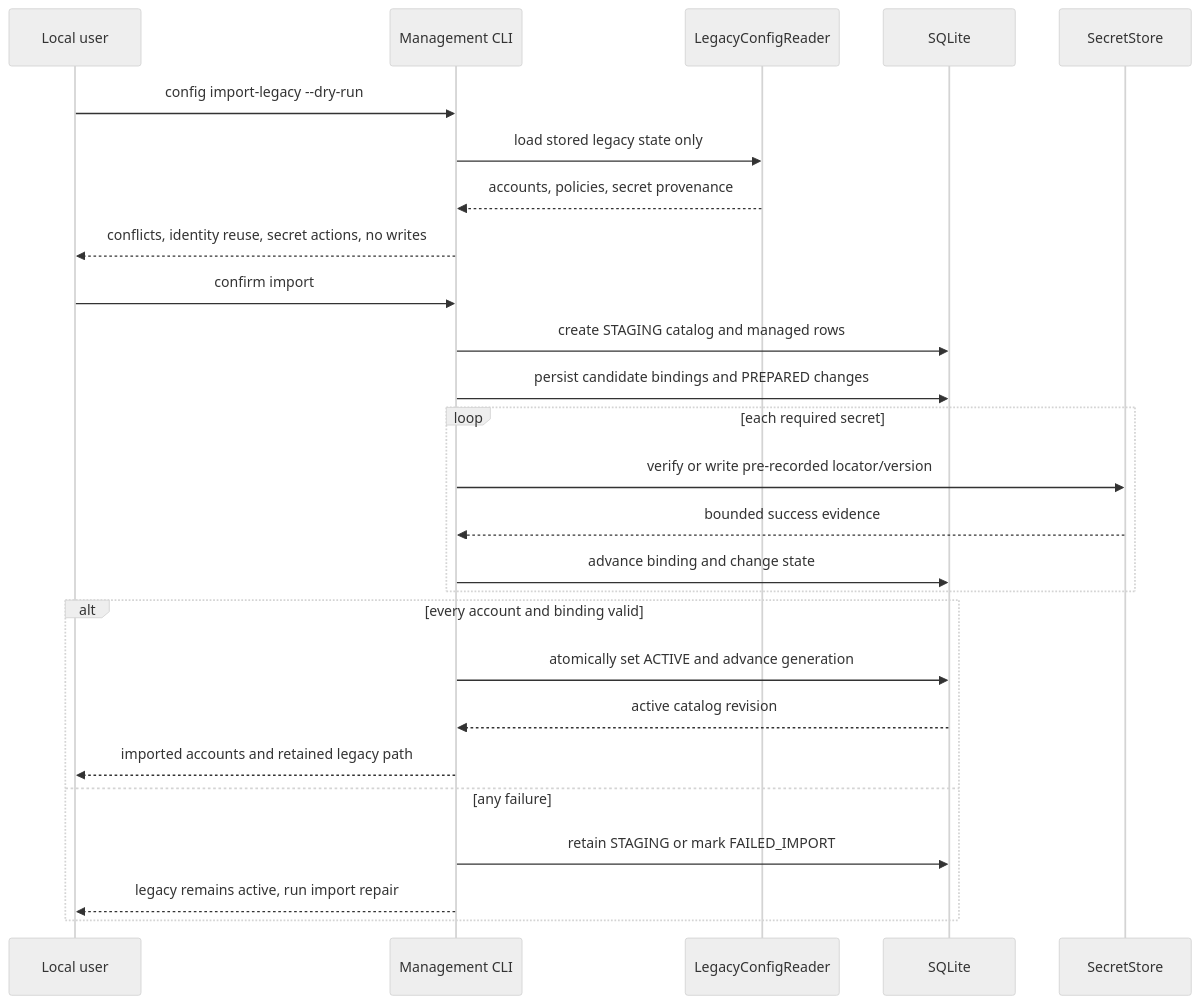
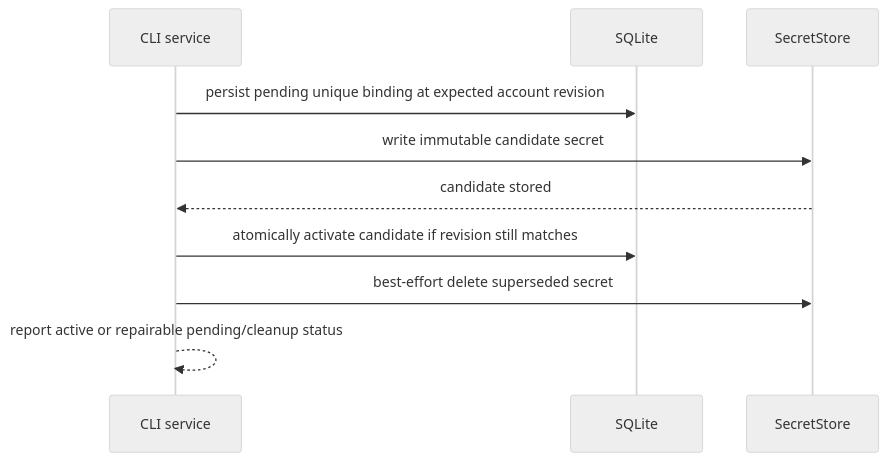
One commit to Wh1isper/mcp-email-server changed the second of 2 diagrams in spec/03-configuration-and-credentials.md. Above: the diagram before and after it, drawn with Mermaid (neutral theme). The commit also changed other lines of this file and 14 other files, not shown here.

````diff
--- a/spec/03-configuration-and-credentials.md
+++ b/spec/03-configuration-and-credentials.md
@@ -181,29 +87,13 @@
 ```mermaid
 sequenceDiagram
-    participant U as Local user
-    participant CLI as Management CLI
-    participant L as LegacyConfigReader
+    participant C as CLI service
     participant D as SQLite
     participant S as SecretStore
 
-    U->>CLI: config import-legacy --dry-run
-    CLI->>L: load stored legacy state only
-    L-->>CLI: accounts, policies, secret provenance
-    CLI-->>U: conflicts, identity reuse, secret actions, no writes
-    U->>CLI: confirm import
-    CLI->>D: create STAGING catalog and managed rows
-    CLI->>D: persist candidate bindings and PREPARED changes
-    loop each required secret
-        CLI->>S: verify or write pre-recorded locator/version
-        S-->>CLI: bounded success evidence
-        CLI->>D: advance binding and change state
-    end
-    alt every account and binding valid
-        CLI->>D: atomically set ACTIVE and advance generation
-        D-->>CLI: active catalog revision
-        CLI-->>U: imported accounts and retained legacy path
-    else any failure
-        CLI->>D: retain STAGING or mark FAILED_IMPORT
-        CLI-->>U: legacy remains active, run import repair
-    end
+    C->>D: persist pending unique binding at expected account revision
+    C->>S: write immutable candidate secret
+    S-->>C: candidate stored
+    C->>D: atomically activate candidate if revision still matches
+    C->>S: best-effort delete superseded secret
+    C-->>C: report active or repairable pending/cleanup status
 ```
````
